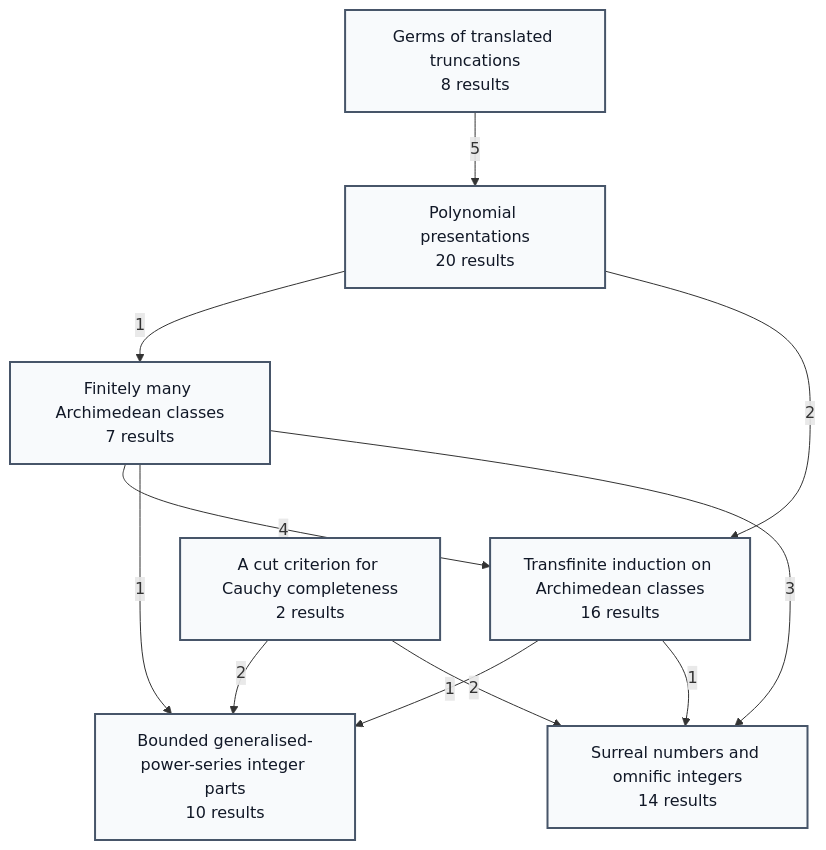
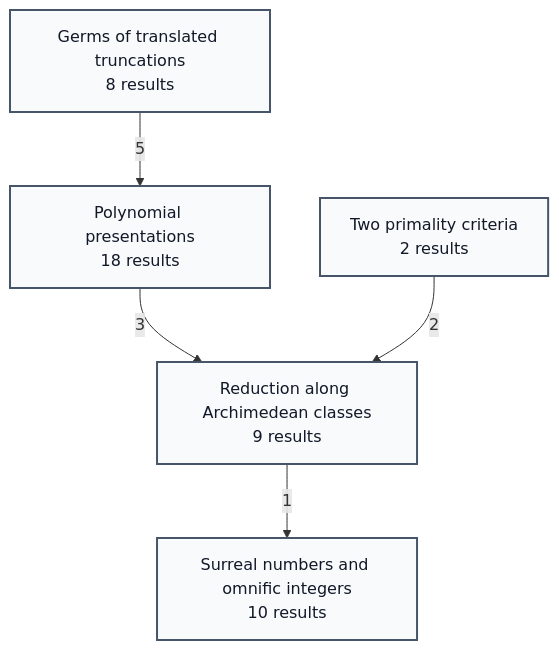
Before and after one commit to gaearon/conway-refinement: the first of 6 diagrams in README.md, drawn with Mermaid. The commit also changed other lines of this file and 27 other files, not shown here.

````diff
--- a/README.md
+++ b/README.md
@@ -170,31 +170,21 @@
 ```mermaid
 %% Generated by scripts/blueprint.sh; do not edit.
 %% Edge labels count visible result dependencies.
 flowchart TB
-  p0["Germs of translated truncations<br/>8 results"]:::phase
-  p1["Polynomial presentations<br/>20 results"]:::phase
-  p2["Finitely many Archimedean classes<br/>7 results"]:::phase
-  p3["Transfinite induction on Archimedean classes<br/>16 results"]:::phase
-  p4["A cut criterion for Cauchy completeness<br/>2 results"]:::phase
-  p5["Bounded generalised-power-series integer parts<br/>10 results"]:::phase
-  p6["Surreal numbers and omnific integers<br/>14 results"]:::phase
-  p0 -->|"5"| p1
-  p1 -->|"1"| p2
-  p1 -->|"2"| p3
-  p2 -->|"4"| p3
-  p4 -->|"2"| p5
-  p2 -->|"1"| p5
-  p3 -->|"1"| p5
-  p2 -->|"3"| p6
-  p4 -->|"2"| p6
-  p3 -->|"1"| p6
-  click p0 "https://gaearon.github.io/conway-refinement/#/chapter/germs" "Open Germs of translated truncations"
-  click p1 "https://gaearon.github.io/conway-refinement/#/chapter/polynomial-presentations" "Open Polynomial presentations"
-  click p2 "https://gaearon.github.io/conway-refinement/#/chapter/finite-archimedean-classes" "Open Finitely many Archimedean classes"
-  click p3 "https://gaearon.github.io/conway-refinement/#/chapter/transfinite-induction" "Open Transfinite induction on Archimedean classes"
-  click p4 "https://gaearon.github.io/conway-refinement/#/chapter/cauchy-completeness" "Open A cut criterion for Cauchy completeness"
-  click p5 "https://gaearon.github.io/conway-refinement/#/chapter/bounded-integer-parts" "Open Bounded generalised-power-series integer parts"
-  click p6 "https://gaearon.github.io/conway-refinement/#/chapter/conway-refinement" "Open Surreal numbers and omnific integers"
+  p0["Two primality criteria<br/>2 results"]:::phase
+  p1["Germs of translated truncations<br/>8 results"]:::phase
+  p2["Polynomial presentations<br/>18 results"]:::phase
+  p3["Reduction along Archimedean classes<br/>9 results"]:::phase
+  p4["Surreal numbers and omnific integers<br/>10 results"]:::phase
+  p1 -->|"5"| p2
+  p2 -->|"3"| p3
+  p0 -->|"2"| p3
+  p3 -->|"1"| p4
+  click p0 "https://gaearon.github.io/conway-refinement/#/chapter/primality-criteria" "Open Two primality criteria"
+  click p1 "https://gaearon.github.io/conway-refinement/#/chapter/germs" "Open Germs of translated truncations"
+  click p2 "https://gaearon.github.io/conway-refinement/#/chapter/polynomial-presentations" "Open Polynomial presentations"
+  click p3 "https://gaearon.github.io/conway-refinement/#/chapter/archimedean-reduction" "Open Reduction along Archimedean classes"
+  click p4 "https://gaearon.github.io/conway-refinement/#/chapter/conway-refinement" "Open Surreal numbers and omnific integers"
 
   classDef phase fill:#f8fafc,stroke:#475569,stroke-width:2px,color:#111827
 ```
````
